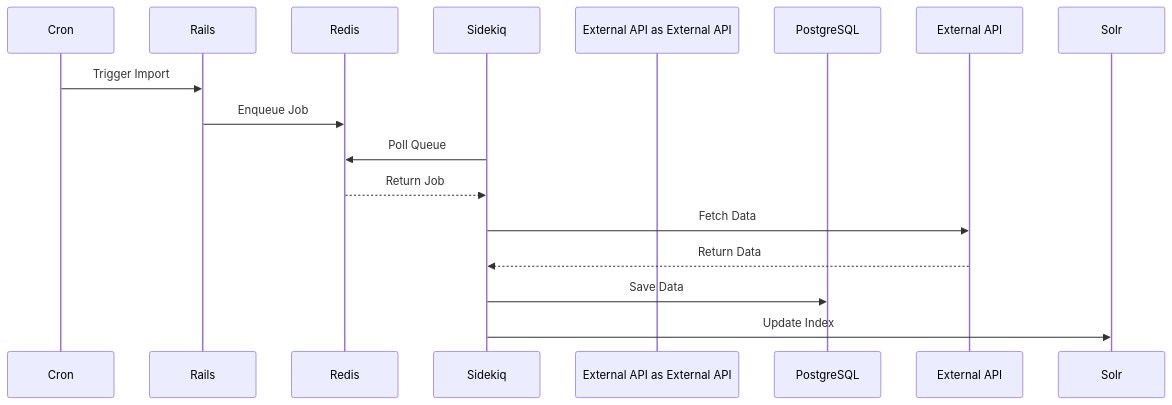
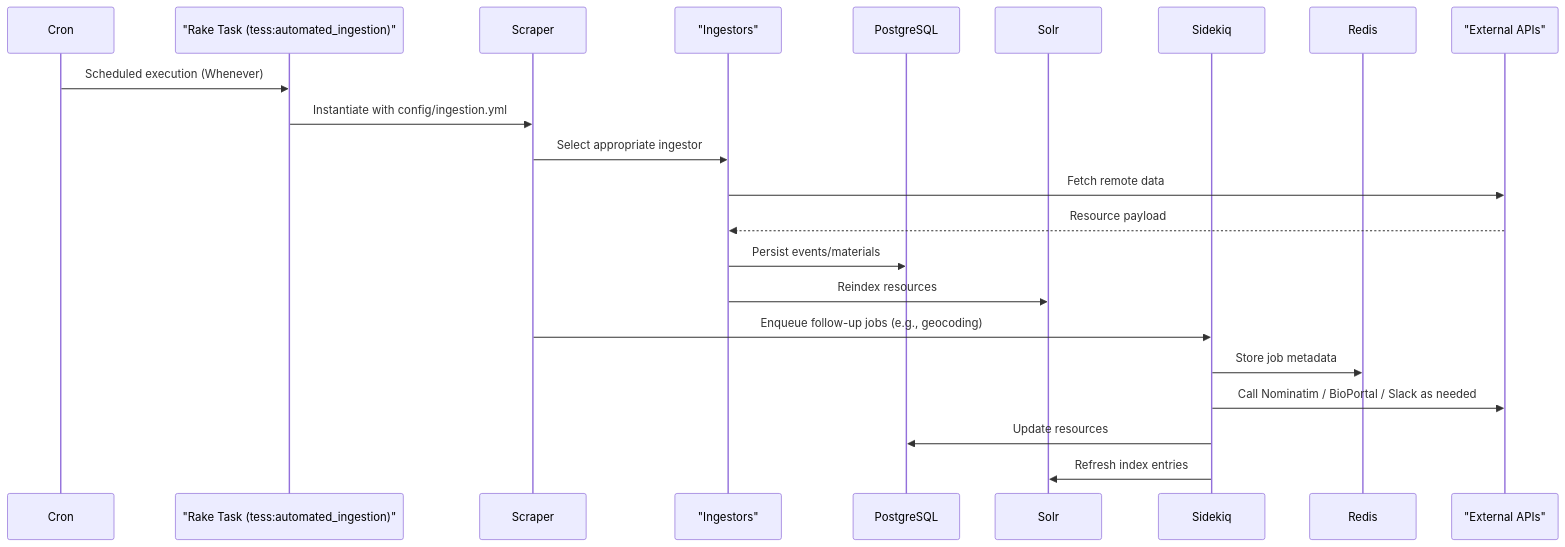
One commit to SciLifeLab-TrainingHub-Platform/TeSS changed the fifth of 5 diagrams in docs/architecture-diagram.md. Above: the diagram before and after it, drawn with Mermaid. The commit also changed other lines of this file and 2 other files, not shown here.

First line of the commit message:
Clarify architecture docs with verified config references

````diff
--- a/docs/architecture-diagram.md
+++ b/docs/architecture-diagram.md
@@ -190,18 +223,25 @@
 ```mermaid
 sequenceDiagram
     participant Cron
-    participant Rails
+    participant Rake as "Rake Task (tess:automated_ingestion)"
+    participant Scraper
+    participant Ingestor as "Ingestors"
+    participant PostgreSQL
+    participant Solr
+    participant Sidekiq
     participant Redis
-    participant Sidekiq
-    participant External API as External API
-    participant PostgreSQL
+    participant ExternalAPI as "External APIs"
 
-    Cron->>Rails: Trigger Import
-    Rails->>Redis: Enqueue Job
-    Sidekiq->>Redis: Poll Queue
-    Redis-->>Sidekiq: Return Job
-    Sidekiq->>External API: Fetch Data
-    External API-->>Sidekiq: Return Data
-    Sidekiq->>PostgreSQL: Save Data
-    Sidekiq->>Solr: Update Index
+    Cron->>Rake: Scheduled execution (Whenever)
+    Rake->>Scraper: Instantiate with config/ingestion.yml
+    Scraper->>Ingestor: Select appropriate ingestor
+    Ingestor->>ExternalAPI: Fetch remote data
+    ExternalAPI-->>Ingestor: Resource payload
+    Ingestor->>PostgreSQL: Persist events/materials
+    Ingestor->>Solr: Reindex resources
+    Scraper->>Sidekiq: Enqueue follow-up jobs (e.g., geocoding)
+    Sidekiq->>Redis: Store job metadata
+    Sidekiq->>ExternalAPI: Call Nominatim / BioPortal / Slack as needed
+    Sidekiq->>PostgreSQL: Update resources
+    Sidekiq->>Solr: Refresh index entries
 ```
````
